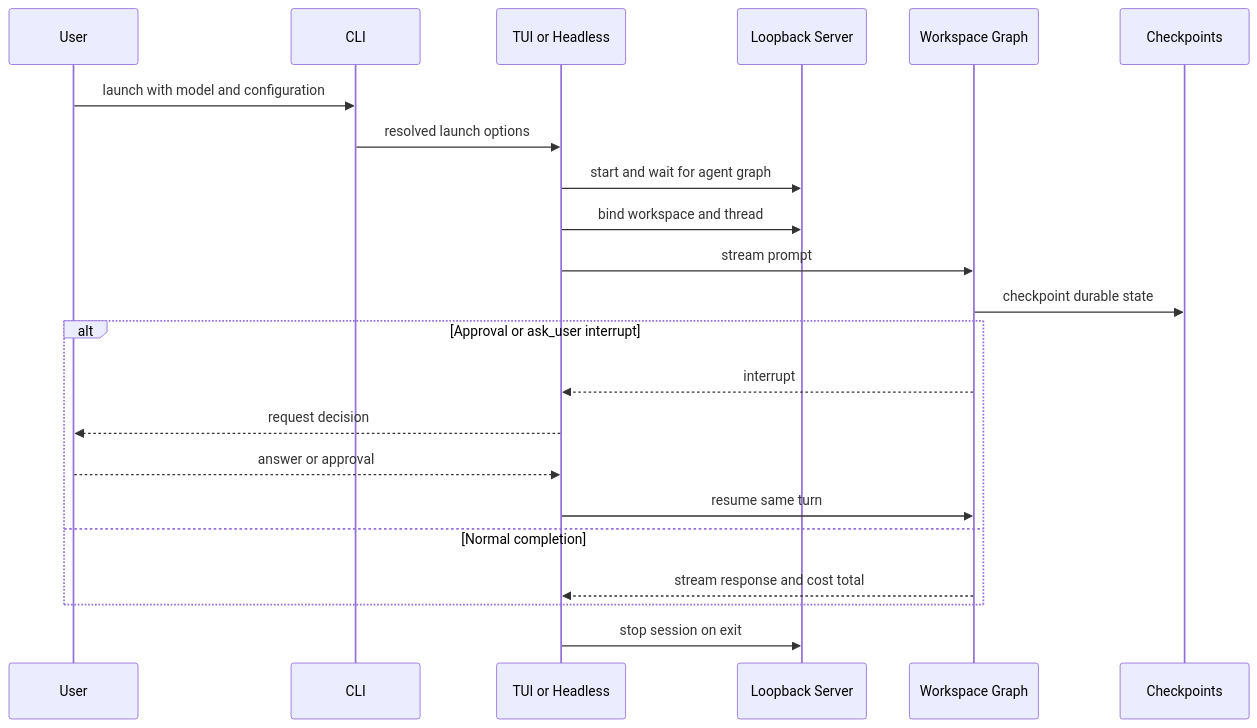
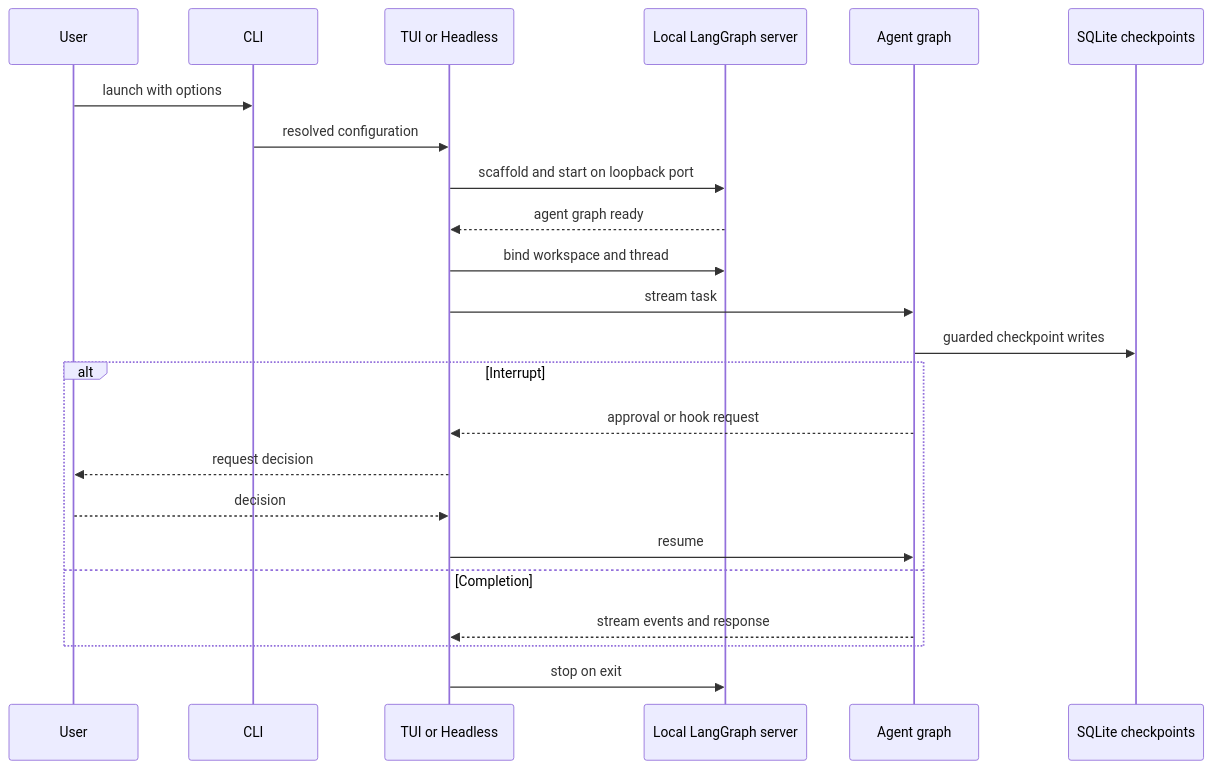
Before and after one commit to langchain-ai/deepagents: the first of 2 diagrams in openwiki/workflows/run-dcode-session.md, drawn with Mermaid. The commit also changed other lines of this file and 35 other files, not shown here.

````diff
--- a/openwiki/workflows/run-dcode-session.md
+++ b/openwiki/workflows/run-dcode-session.md
@@ -48,24 +56,25 @@
 ```mermaid
 sequenceDiagram
     participant User
     participant CLI
     participant Client as TUI or Headless
-    participant Server as Loopback Server
-    participant Graph as Workspace Graph
-    participant Store as Checkpoints
-    User->>CLI: launch with model and configuration
-    CLI->>Client: resolved launch options
-    Client->>Server: start and wait for agent graph
+    participant Server as Local LangGraph server
+    participant Graph as Agent graph
+    participant Store as SQLite checkpoints
+    User->>CLI: launch with options
+    CLI->>Client: resolved configuration
+    Client->>Server: scaffold and start on loopback port
+    Server-->>Client: agent graph ready
     Client->>Server: bind workspace and thread
-    Client->>Graph: stream prompt
-    Graph->>Store: checkpoint durable state
-    alt Approval or ask_user interrupt
-        Graph-->>Client: interrupt
+    Client->>Graph: stream task
+    Graph->>Store: guarded checkpoint writes
+    alt Interrupt
+        Graph-->>Client: approval or hook request
         Client-->>User: request decision
-        User-->>Client: answer or approval
-        Client->>Graph: resume same turn
-    else Normal completion
-        Graph-->>Client: stream response and cost total
+        User-->>Client: decision
+        Client->>Graph: resume
+    else Completion
+        Graph-->>Client: stream events and response
     end
-    Client->>Server: stop session on exit
+    Client->>Server: stop on exit
 ```
````
